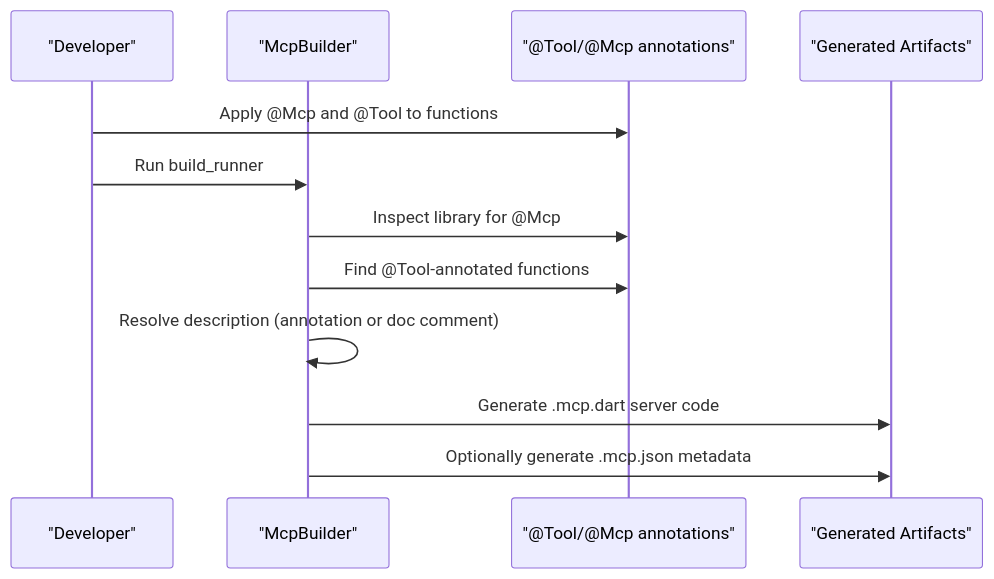
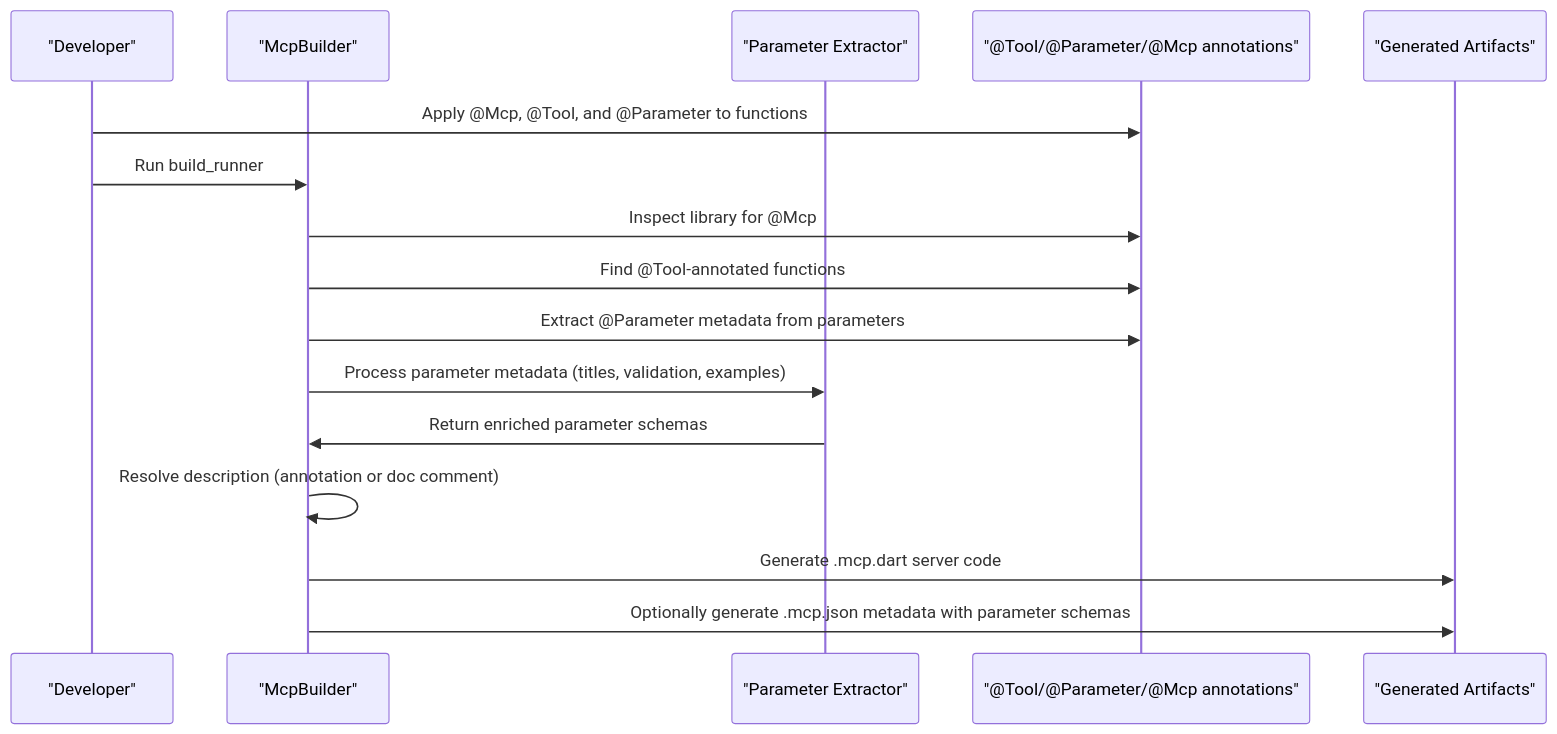
The second of 7 diagrams in .qoder/repowiki/en/content/Annotations Reference/@Tool Annotation.md (cdavis-code/easy_mcp_workspace), drawn with Mermaid before and after one commit. The commit also changed other lines of this file and 13 other files, not shown here.

````diff
--- a/.qoder/repowiki/en/content/Annotations Reference/@Tool Annotation.md
+++ b/.qoder/repowiki/en/content/Annotations Reference/@Tool Annotation.md
@@ -82,14 +100,18 @@
 ```mermaid
 sequenceDiagram
 participant Dev as "Developer"
 participant Gen as "McpBuilder"
-participant Ann as "@Tool/@Mcp annotations"
+participant Param as "Parameter Extractor"
+participant Ann as "@Tool/@Parameter/@Mcp annotations"
 participant Out as "Generated Artifacts"
-Dev->>Ann : Apply @Mcp and @Tool to functions
+Dev->>Ann : Apply @Mcp, @Tool, and @Parameter to functions
 Dev->>Gen : Run build_runner
 Gen->>Ann : Inspect library for @Mcp
 Gen->>Ann : Find @Tool-annotated functions
+Gen->>Ann : Extract @Parameter metadata from parameters
+Gen->>Param : Process parameter metadata (titles, validation, examples)
+Param->>Gen : Return enriched parameter schemas
 Gen->>Gen : Resolve description (annotation or doc comment)
 Gen->>Out : Generate .mcp.dart server code
-Gen->>Out : Optionally generate .mcp.json metadata
+Gen->>Out : Optionally generate .mcp.json metadata with parameter schemas
 ```
````
